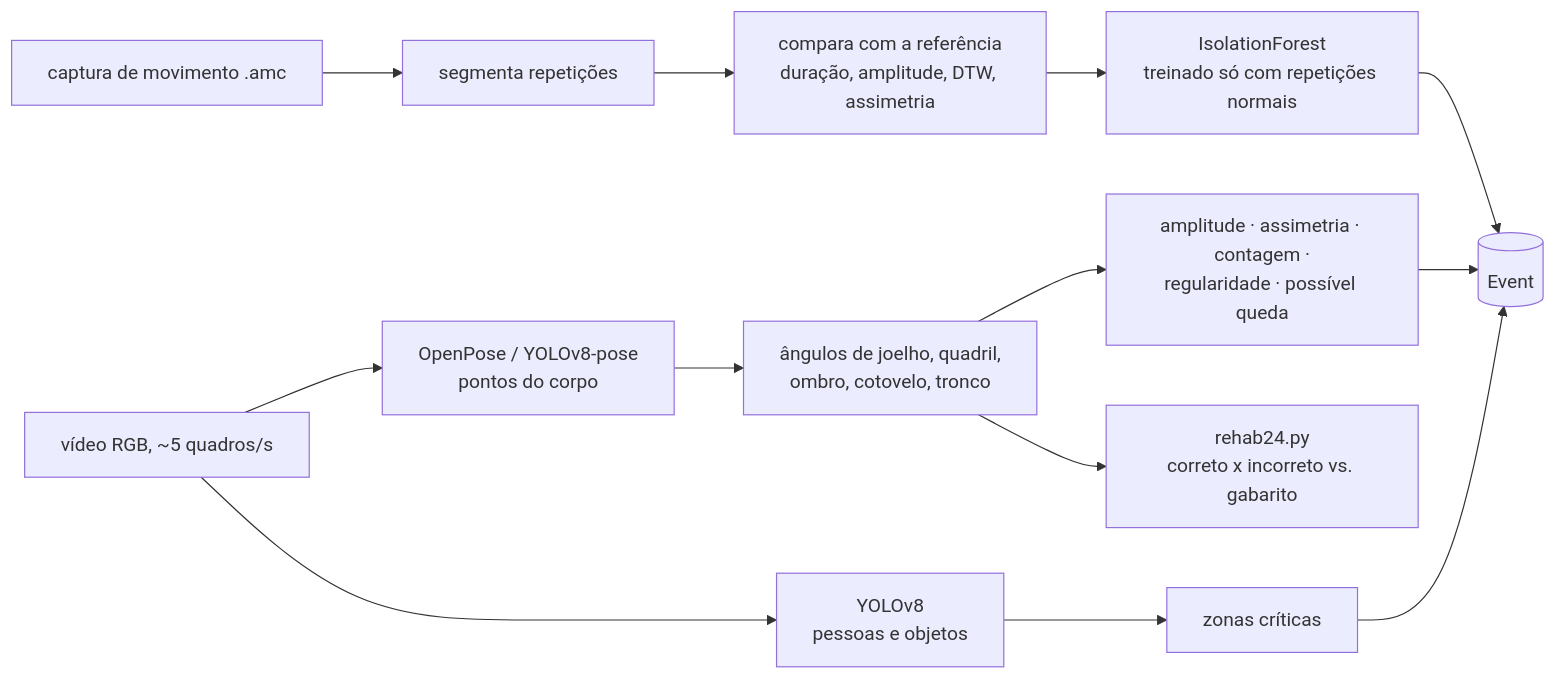
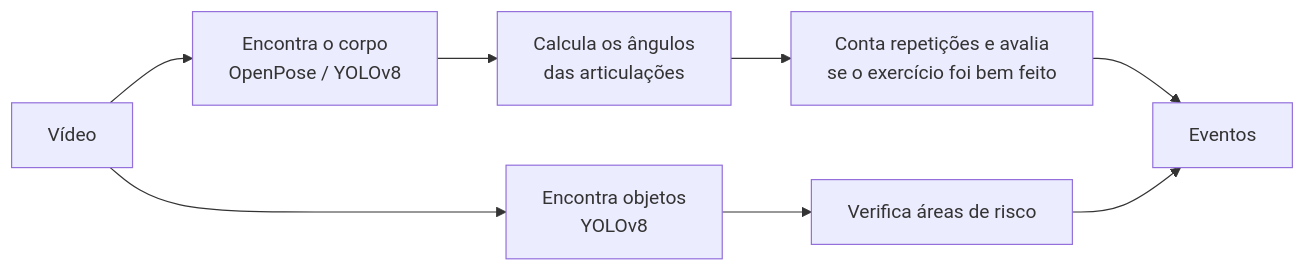
The fourth of 6 diagrams in ARCHITECTURE.md (BrunoAkira/IA-Multimodal-Hospital), drawn with Mermaid before and after one commit. The commit also changed other lines of this file and 21 other files, not shown here.

````diff
--- a/ARCHITECTURE.md
+++ b/ARCHITECTURE.md
@@ -159,9 +68,10 @@
 ```mermaid
 flowchart LR
-    AMC[captura de movimento .amc] --> SEG[segmenta repetições] --> CMP[compara com a referência<br/>duração, amplitude, DTW, assimetria] --> IF[IsolationForest<br/>treinado só com repetições normais]
-    MP4[vídeo RGB, ~5 quadros/s] --> POSE[OpenPose / YOLOv8-pose<br/>pontos do corpo] --> ANG[ângulos de joelho, quadril,<br/>ombro, cotovelo, tronco]
-    MP4 --> YOLO[YOLOv8<br/>pessoas e objetos] --> ZON[zonas críticas]
-    ANG --> RULES[amplitude · assimetria · contagem ·<br/>regularidade · possível queda]
-    IF & RULES & ZON --> EV[(Event)]
-    ANG --> GT[rehab24.py<br/>correto x incorreto vs. gabarito]
+    A[Vídeo] --> B[Encontra o corpo<br/>OpenPose / YOLOv8]
+    B --> C[Calcula os ângulos<br/>das articulações]
+    C --> D[Conta repetições e avalia<br/>se o exercício foi bem feito]
+    A --> E[Encontra objetos<br/>YOLOv8]
+    E --> G[Verifica áreas de risco]
+    D --> H[Eventos]
+    G --> H
 ```
````
